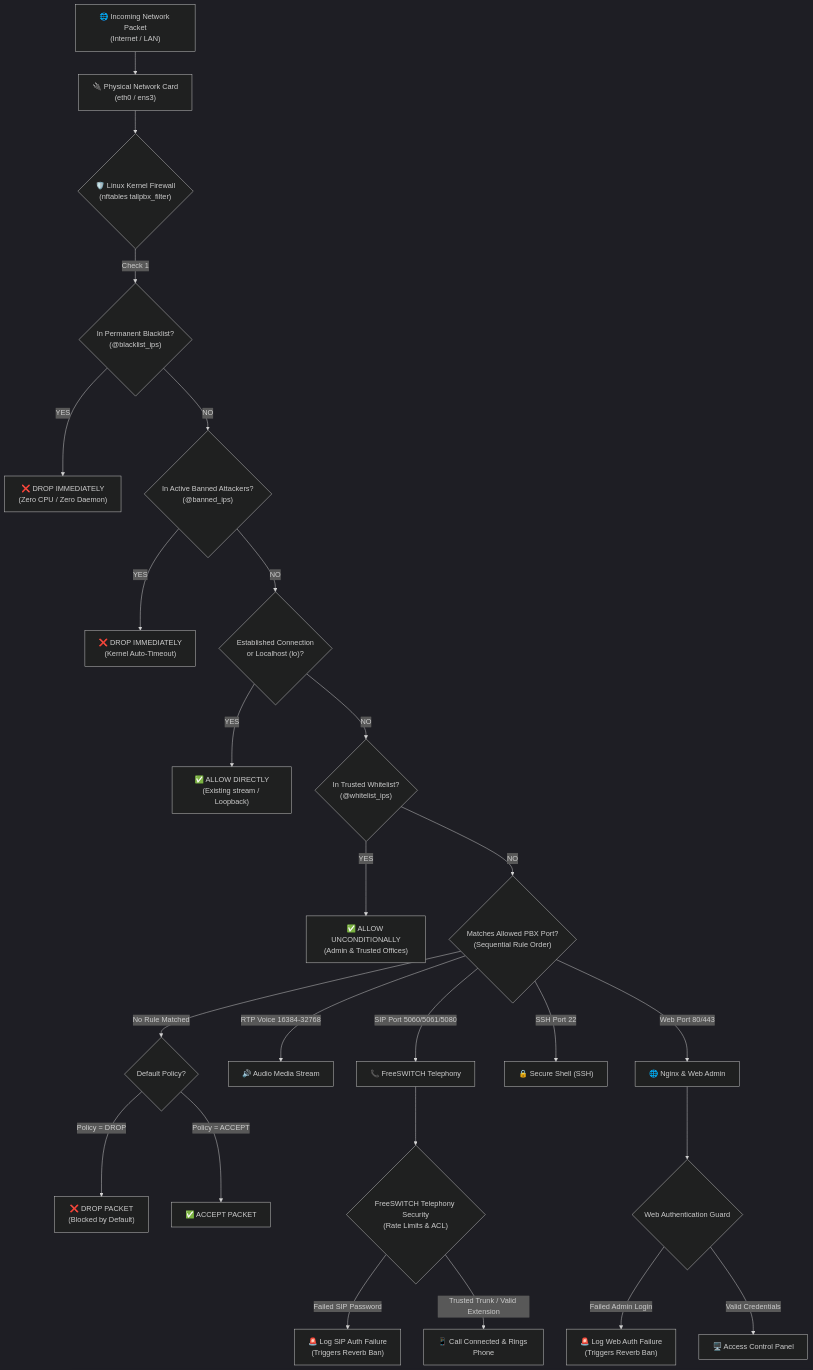
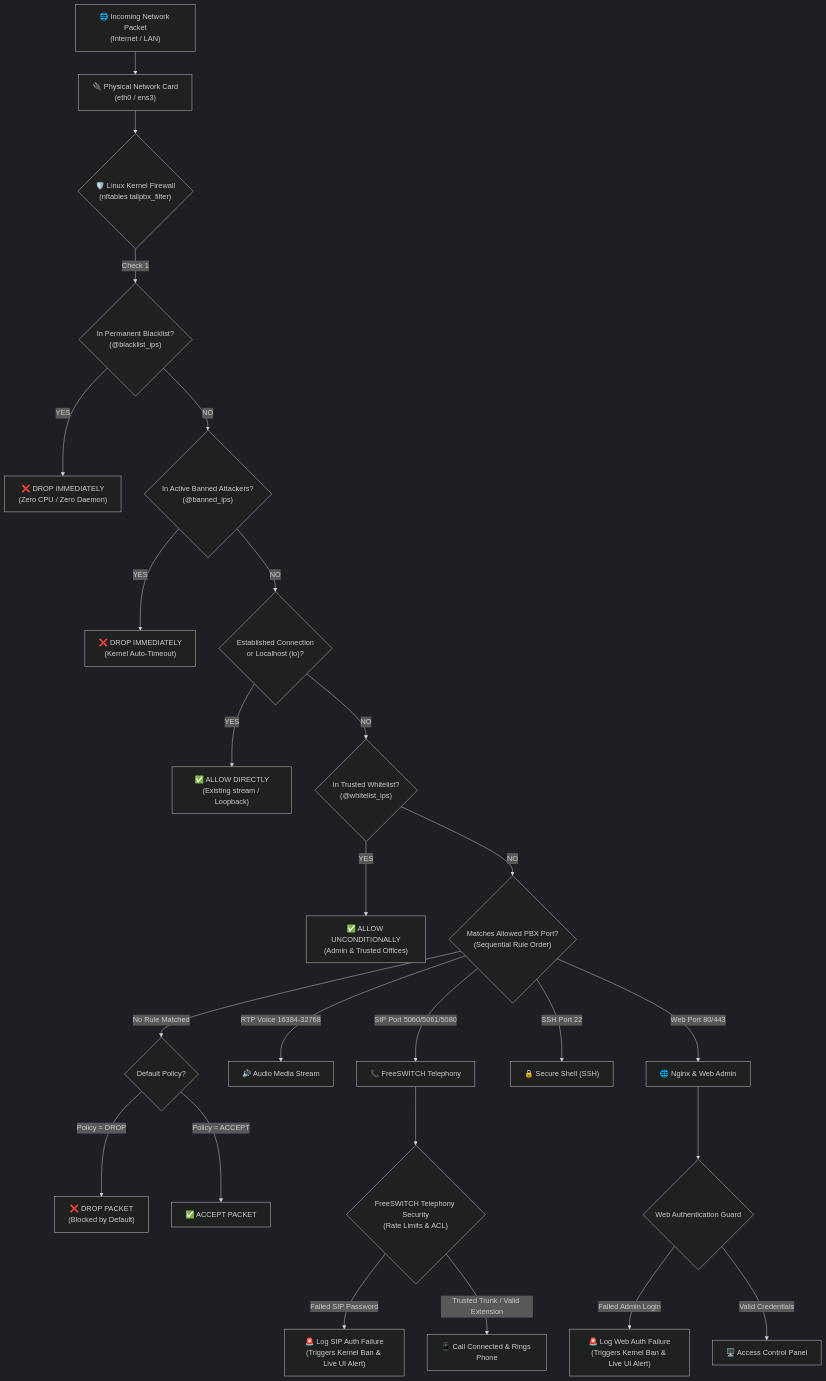
One commit to tallpbx/tallpbx changed the first of 3 diagrams in docs/security-architecture.md. Above: the diagram before and after it, drawn with Mermaid (dark theme).

Commit message:
docs(security): clarify flowchart node labels to 'Triggers Kernel Ban & Live UI Alert'

````diff
--- a/docs/security-architecture.md
+++ b/docs/security-architecture.md
@@ -13,44 +13,44 @@
 ```mermaid
 flowchart TD
     A["🌐 Incoming Network Packet<br/>(Internet / LAN)"] --> B["🔌 Physical Network Card<br/>(eth0 / ens3)"]
     B --> C{"🛡️ Linux Kernel Firewall<br/>(nftables tallpbx_filter)"}
 
     %% Firewall Step 1
     C -->|Check 1| D{"In Permanent Blacklist?<br/>(@blacklist_ips)"}
     D -->|YES| DROP1["❌ DROP IMMEDIATELY<br/>(Zero CPU / Zero Daemon)"]
 
     %% Firewall Step 2
     D -->|NO| E{"In Active Banned Attackers?<br/>(@banned_ips)"}
     E -->|YES| DROP2["❌ DROP IMMEDIATELY<br/>(Kernel Auto-Timeout)"]
 
     %% Firewall Step 3
     E -->|NO| F{"Established Connection<br/>or Localhost (lo)?"}
     F -->|YES| PASS1["✅ ALLOW DIRECTLY<br/>(Existing stream / Loopback)"]
 
     %% Firewall Step 4
     F -->|NO| G{"In Trusted Whitelist?<br/>(@whitelist_ips)"}
     G -->|YES| PASS2["✅ ALLOW UNCONDITIONALLY<br/>(Admin & Trusted Offices)"]
 
     %% Firewall Step 5
     G -->|NO| H{"Matches Allowed PBX Port?<br/>(Sequential Rule Order)"}
 
     %% Service Distribution
     H -->|SIP Port 5060/5061/5080| I["📞 FreeSWITCH Telephony"]
     H -->|RTP Voice 16384-32768| J["🔊 Audio Media Stream"]
     H -->|Web Port 80/443| K["🌐 Nginx & Web Admin"]
     H -->|SSH Port 22| L["🔒 Secure Shell (SSH)"]
     H -->|No Rule Matched| M{"Default Policy?"}
 
     M -->|Policy = DROP| DROP3["❌ DROP PACKET<br/>(Blocked by Default)"]
     M -->|Policy = ACCEPT| PASS3["✅ ACCEPT PACKET"]
 
     %% Deep Telephony Inspection
     I --> N{"FreeSWITCH Telephony Security<br/>(Rate Limits & ACL)"}
-    N -->|Failed SIP Password| O["🚨 Log SIP Auth Failure<br/>(Triggers Reverb Ban)"]
+    N -->|Failed SIP Password| O["🚨 Log SIP Auth Failure<br/>(Triggers Kernel Ban & Live UI Alert)"]
     N -->|Trusted Trunk / Valid Extension| P["📱 Call Connected & Rings Phone"]
 
     %% Web Security Inspection
     K --> Q{"Web Authentication Guard"}
-    Q -->|Failed Admin Login| R["🚨 Log Web Auth Failure<br/>(Triggers Reverb Ban)"]
+    Q -->|Failed Admin Login| R["🚨 Log Web Auth Failure<br/>(Triggers Kernel Ban & Live UI Alert)"]
     Q -->|Valid Credentials| S["🖥️ Access Control Panel"]
 ```
````
